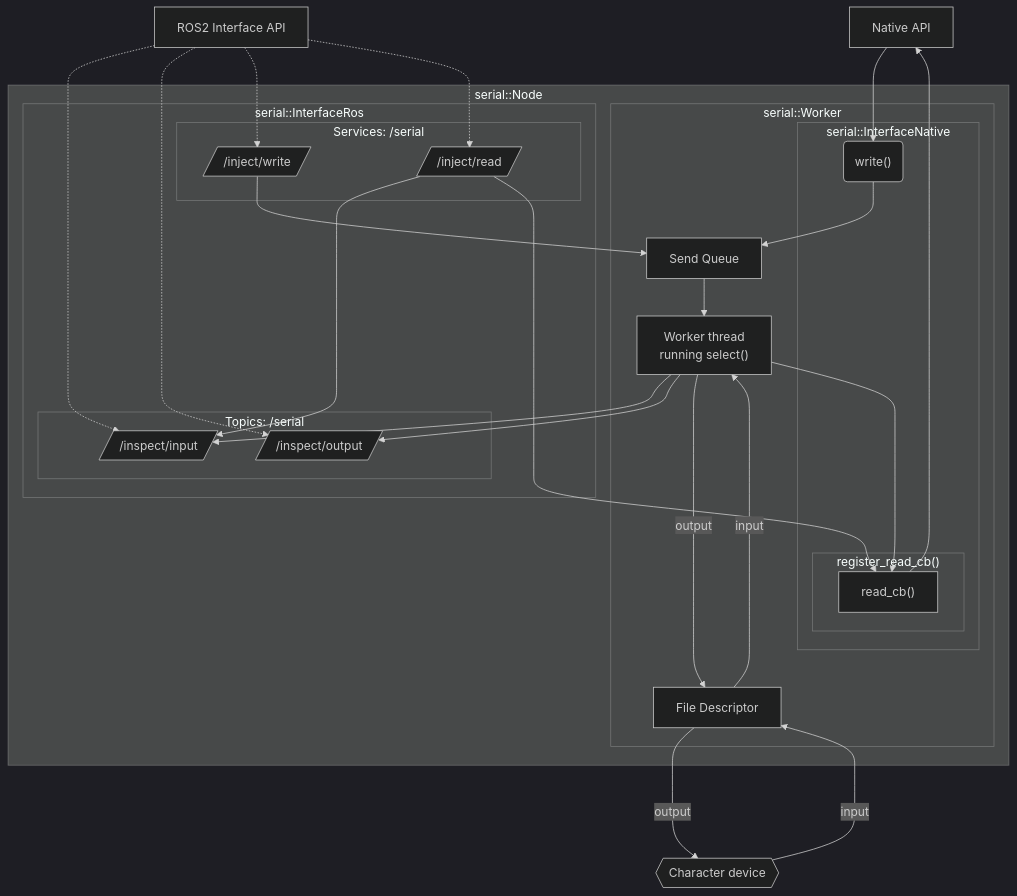
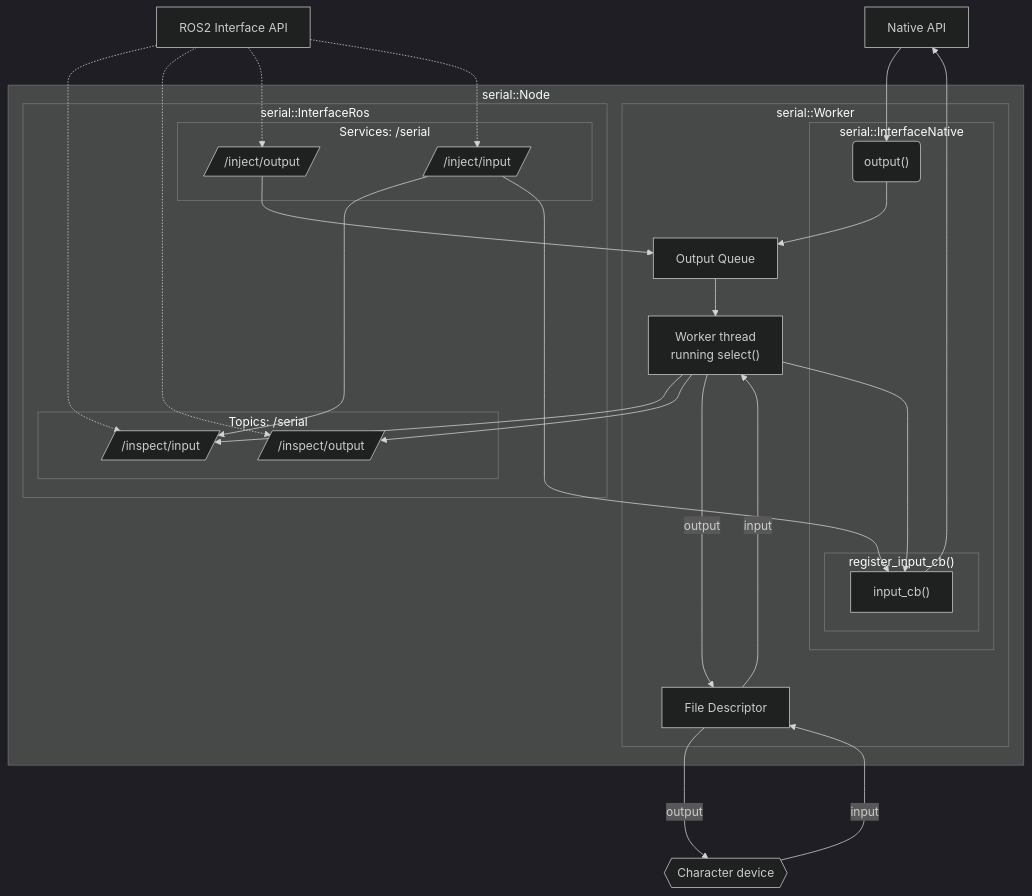
The third of 3 diagrams in README.md (openvmp/serial), drawn with Mermaid (dark theme) before and after one commit.

Commit message:
updated the documentation to reflect the recent internal terminology change

````diff
--- a/README.md
+++ b/README.md
@@ -75,58 +75,58 @@
 ```mermaid
 flowchart TB
     owner["Native API"]
     external["ROS2 Interface API"]
 
     subgraph node["serial::Node"]
 
       subgraph interface_ros2["serial::InterfaceRos"]
         subgraph topics["Topics: /serial"]
           published_input[//inspect/input/]
           published_output[//inspect/output/]
         end
 
         subgraph services["Services: /serial"]
-          service_send[//inject/write/]
-          service_recv[//inject/read/]
+          service_send[//inject/output/]
+          service_recv[//inject/input/]
         end
       end
 
       subgraph worker["serial::Worker"]
-        send_queue["Send Queue"]
+        output_queue["Output Queue"]
         thread["Worker thread\nrunning select()"]
 
         subgraph interface_native["serial::InterfaceNative"]
-          subgraph register_read_cb["register_read_cb()"]
-            read_cb["read_cb()"]
+          subgraph register_input_cb["register_input_cb()"]
+            input_cb["input_cb()"]
           end
-          write("write()")
+          output("output()")
         end
 
         fd["File Descriptor"]
       end
 
     end
     file{{"Character device"}}
 
     %% owner -- "Constructor\nwith parameters" ----> node
-    owner --> write --> send_queue
-    %% owner --> register_read_cb
+    owner --> output --> output_queue
+    %% owner --> register_input_cb
 
     external .-> published_input
     external .-> published_output
     external .-> service_send
     external .-> service_recv
 
     service_recv --> published_input
-    service_recv --> read_cb
+    service_recv --> input_cb
 
-    service_send --> send_queue
-    send_queue --> thread
+    service_send --> output_queue
+    output_queue --> thread
     thread --> published_input
     thread --> published_output
-    thread ---> read_cb --> owner
+    thread ---> input_cb --> owner
 
     file -- "input" ---> fd -- "input" ----> thread
     thread -- "output" --> fd -- "output" --> file
 
 ```
````
